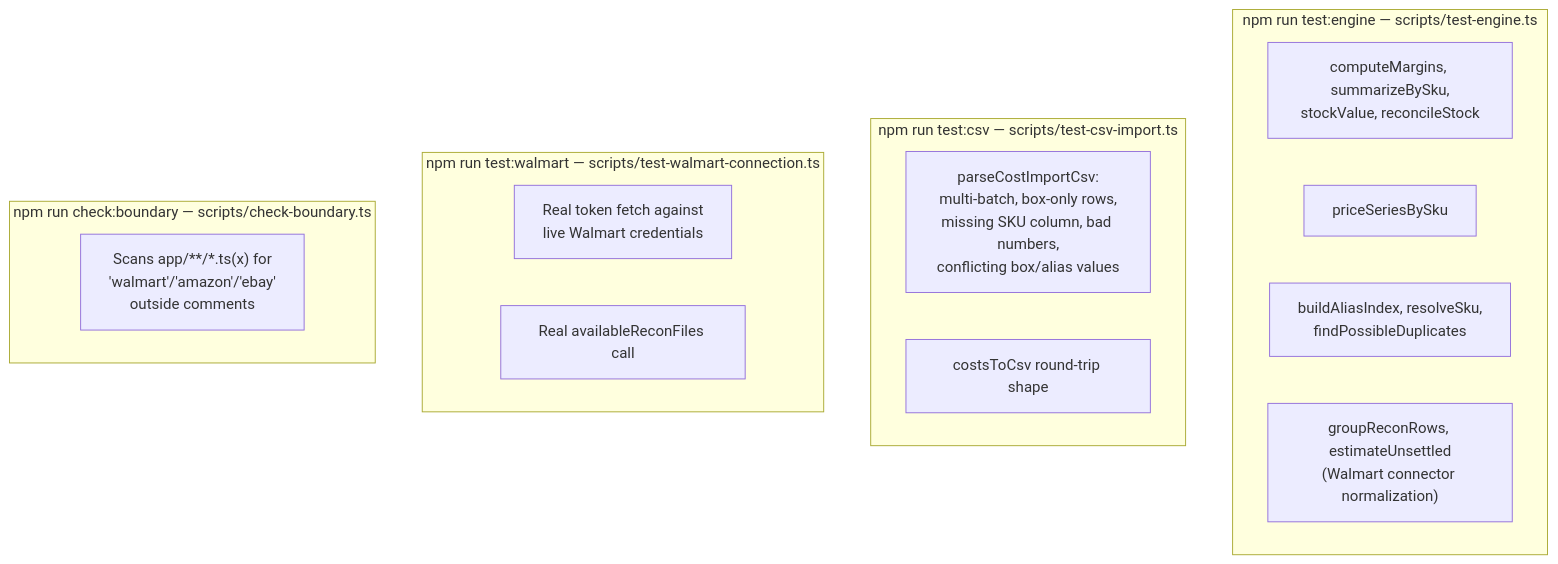
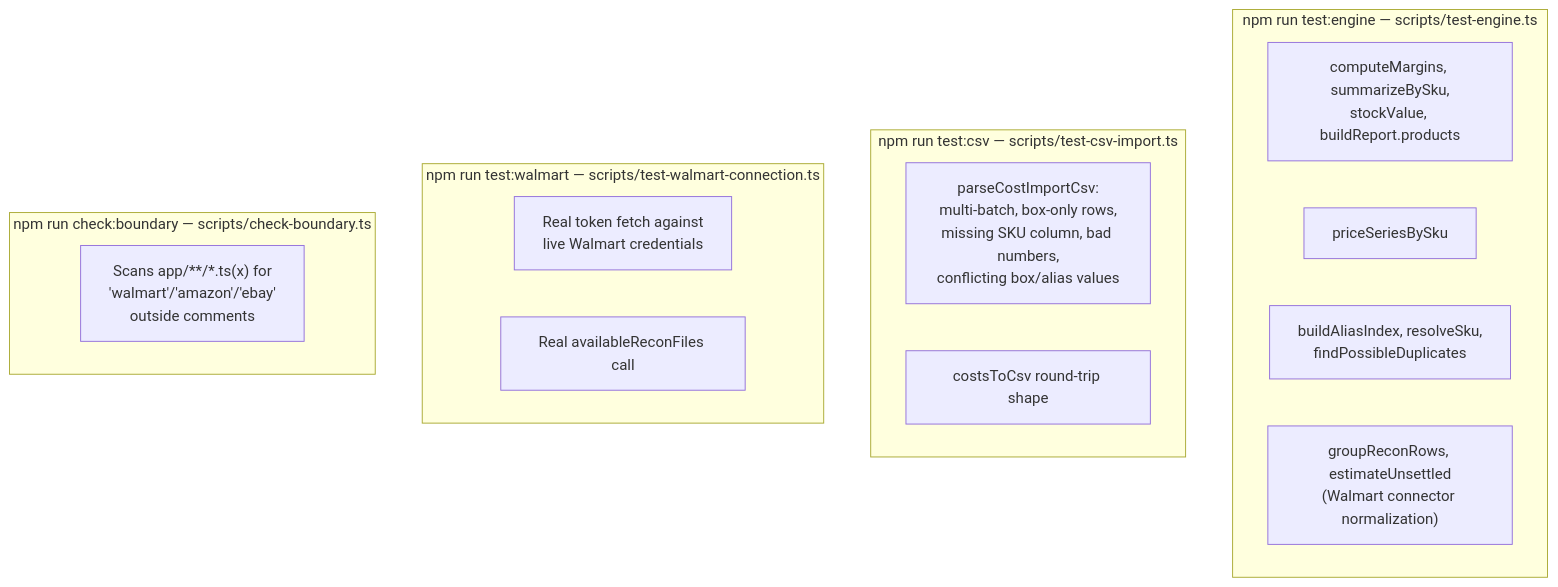
The first of 2 diagrams in docs/systems/testing-and-deployment.md (RafaelOjeda/byRaf_Distribution_Tools), drawn with Mermaid before and after one commit. The commit also changed 19 other files, not shown here.

````diff
--- a/docs/systems/testing-and-deployment.md
+++ b/docs/systems/testing-and-deployment.md
@@ -32,20 +32,20 @@
 ```mermaid
 flowchart TD
     subgraph Engine["npm run test:engine — scripts/test-engine.ts"]
-        E1["computeMargins, summarizeBySku,\nstockValue, reconcileStock"]
+        E1["computeMargins, summarizeBySku,\nstockValue, buildReport.products"]
         E2["priceSeriesBySku"]
         E3["buildAliasIndex, resolveSku,\nfindPossibleDuplicates"]
         E4["groupReconRows, estimateUnsettled\n(Walmart connector normalization)"]
     end
     subgraph Csv["npm run test:csv — scripts/test-csv-import.ts"]
         C1["parseCostImportCsv:\nmulti-batch, box-only rows,\nmissing SKU column, bad numbers,\nconflicting box/alias values"]
         C2["costsToCsv round-trip shape"]
     end
     subgraph Walmart["npm run test:walmart — scripts/test-walmart-connection.ts"]
         W1["Real token fetch against\nlive Walmart credentials"]
         W2["Real availableReconFiles call"]
     end
     subgraph Boundary["npm run check:boundary — scripts/check-boundary.ts"]
         B1["Scans app/**/*.ts(x) for\n'walmart'/'amazon'/'ebay'\noutside comments"]
     end
 ```
````
